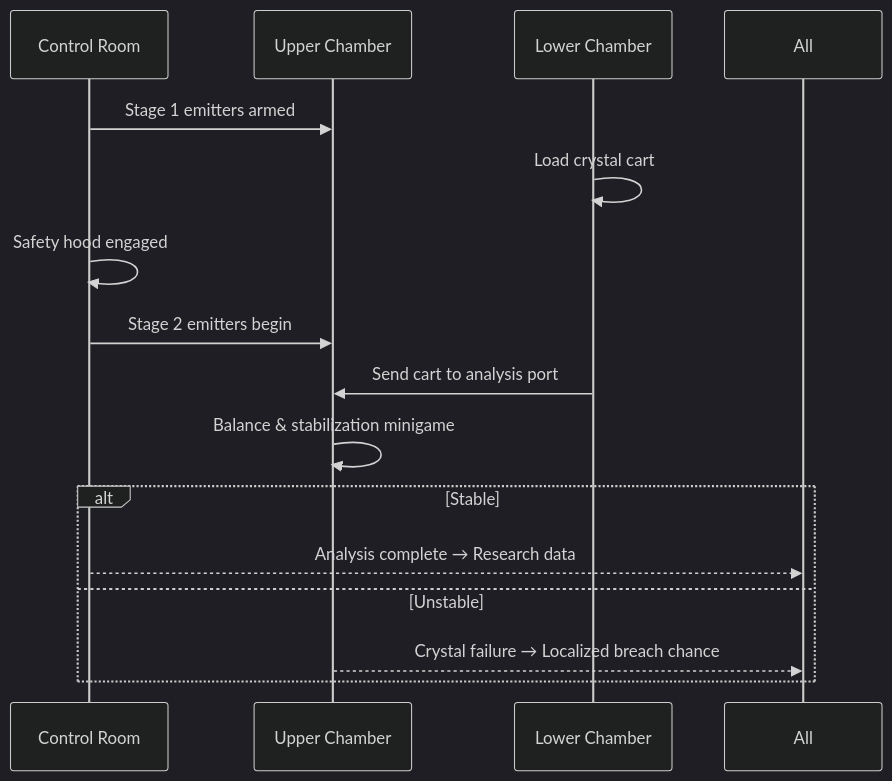
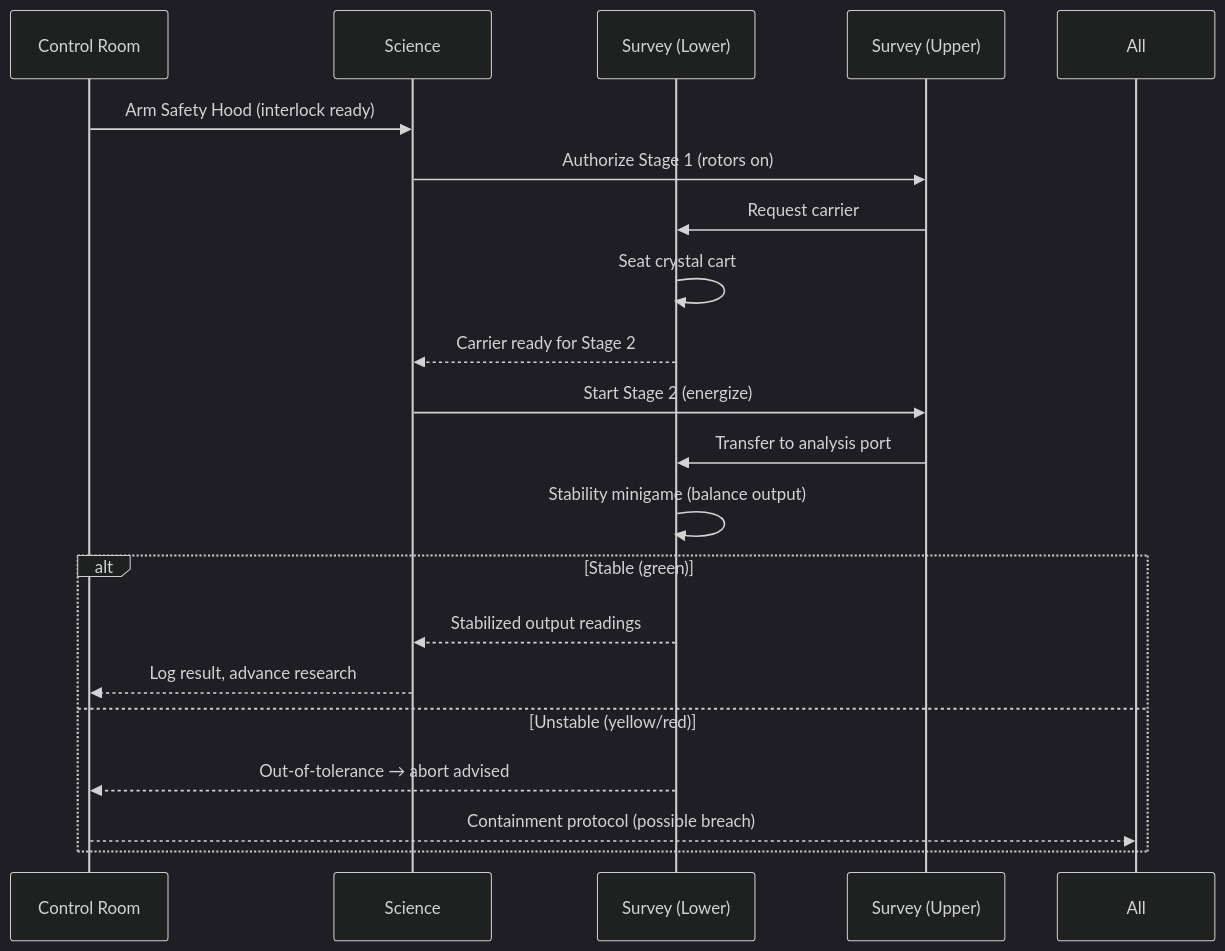
Before and after one commit to Project-Ordinance/website-wiki: the third of 3 diagrams in docs/projects/main-server.md, drawn with Mermaid (dark theme). The commit also changed other lines of this file and 1 other file, not shown here.

Commit message:
Add custom Mermaid.js support to pymdownx.superfences in mkdocs.yml

````diff
--- a/docs/projects/main-server.md
+++ b/docs/projects/main-server.md
@@ -86,17 +103,24 @@
 ```mermaid
 sequenceDiagram
-  participant Ctrl as Control Room
-  participant Upper as Upper Chamber
-  participant Lower as Lower Chamber
-  Ctrl->>Upper: Stage 1 emitters armed
-  Lower->>Lower: Load crystal cart
-  Ctrl->>Ctrl: Safety hood engaged
-  Ctrl->>Upper: Stage 2 emitters begin
-  Lower->>Upper: Send cart to analysis port
-  Upper->>Upper: Balance & stabilization minigame
-  alt Stable
-    Ctrl-->>All: Analysis complete → Research data
-  else Unstable
-    Upper-->>All: Crystal failure → Localized breach chance
+  participant Control as Control Room
+  participant Science as Science
+  participant SurveyL as Survey (Lower)
+  participant SurveyU as Survey (Upper)
+
+  Control->>Science: Arm Safety Hood (interlock ready)
+  Science->>SurveyU: Authorize Stage 1 (rotors on)
+  SurveyU->>SurveyL: Request carrier
+  SurveyL->>SurveyL: Seat crystal cart
+  SurveyL-->>Science: Carrier ready for Stage 2
+  Science->>SurveyU: Start Stage 2 (energize)
+  SurveyU->>SurveyL: Transfer to analysis port
+  SurveyL->>SurveyL: Stability minigame (balance output)
+
+  alt Stable (green)
+    SurveyL-->>Science: Stabilized output readings
+    Science-->>Control: Log result, advance research
+  else Unstable (yellow/red)
+    SurveyL-->>Control: Out-of-tolerance → abort advised
+    Control-->>All: Containment protocol (possible breach)
   end
 ```
````
